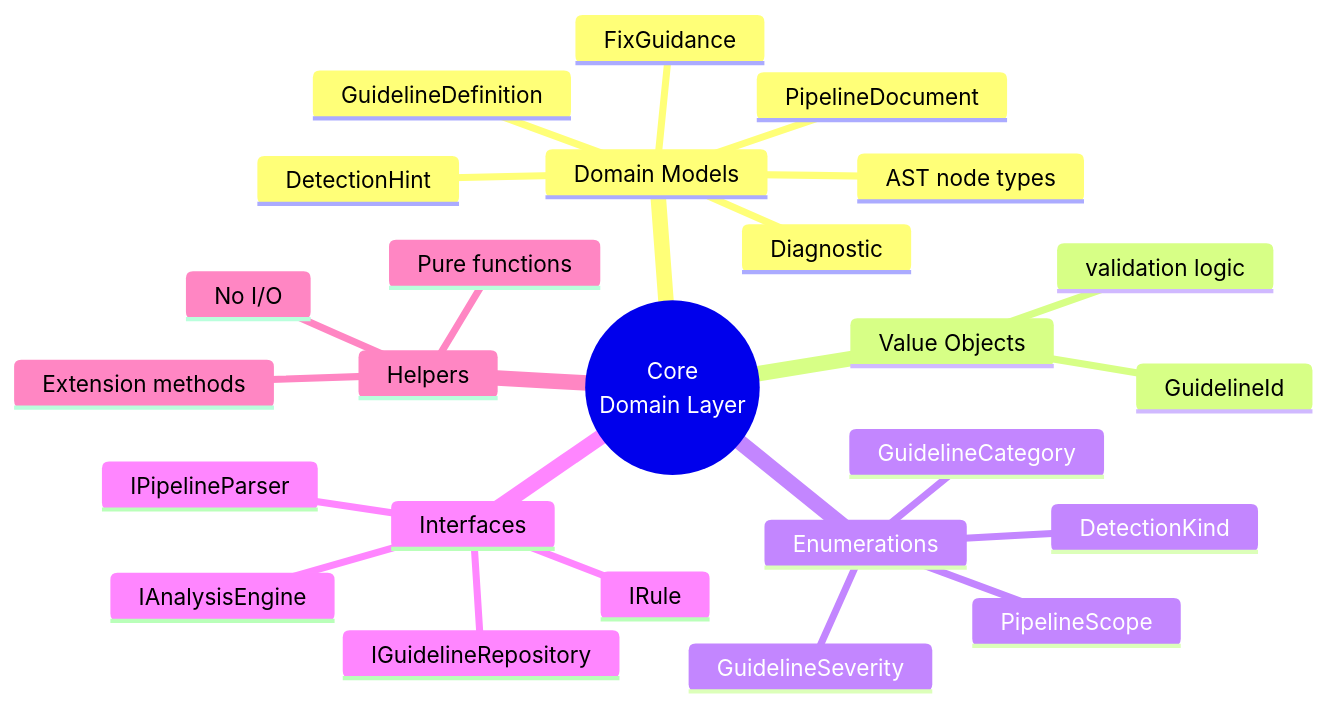
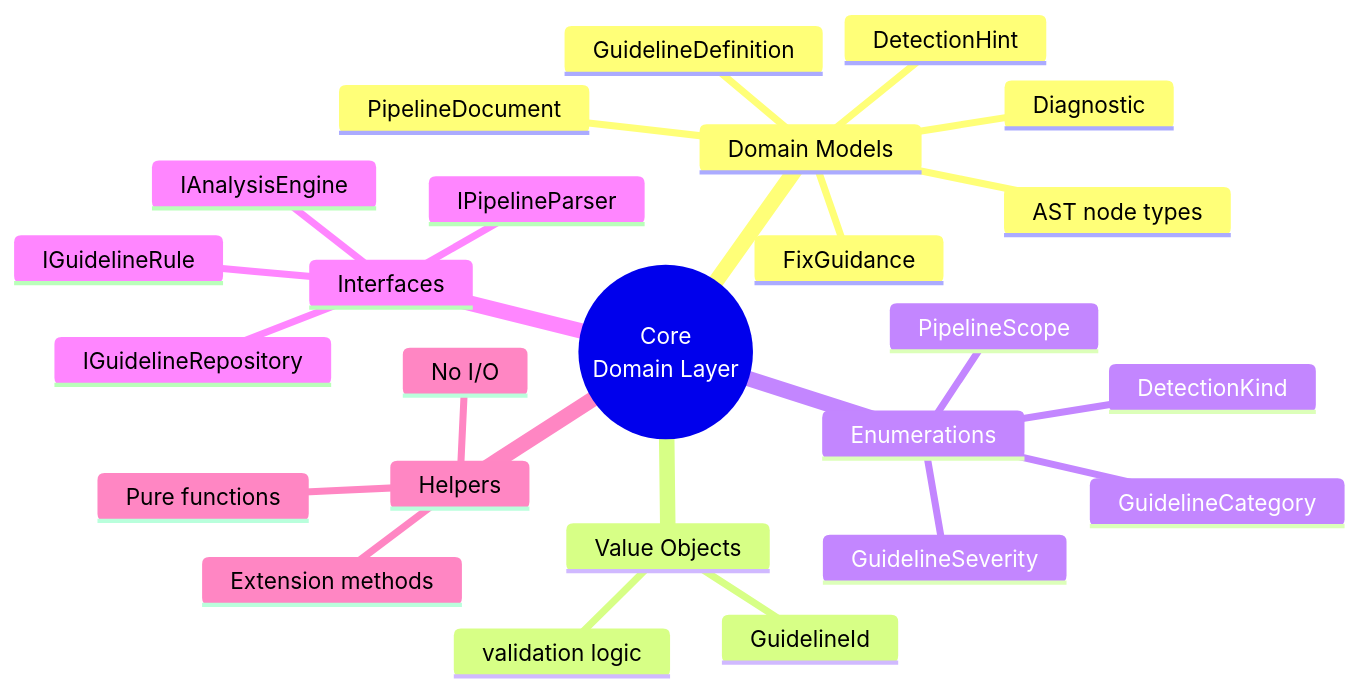
Before and after one commit to ruijarimba/azure-pipelines-guidelines-ai-mcp: the first of 2 diagrams in src/AzurePipelines.Guidelines.Core/AGENTS.md, drawn with Mermaid. The commit also changed 14 other files, not shown here.

````diff
--- a/src/AzurePipelines.Guidelines.Core/AGENTS.md
+++ b/src/AzurePipelines.Guidelines.Core/AGENTS.md
@@ -13,28 +13,28 @@
 ```mermaid
 mindmap
   root((Core<br/>Domain Layer))
     Domain Models
       GuidelineDefinition
       DetectionHint
       FixGuidance
       Diagnostic
       PipelineDocument
       AST node types
     Value Objects
       GuidelineId
       validation logic
     Enumerations
       GuidelineCategory
       GuidelineSeverity
       DetectionKind
       PipelineScope
     Interfaces
-      IRule
+      IGuidelineRule
       IGuidelineRepository
       IAnalysisEngine
       IPipelineParser
     Helpers
       Pure functions
       Extension methods
       No I/O
 ```
````
